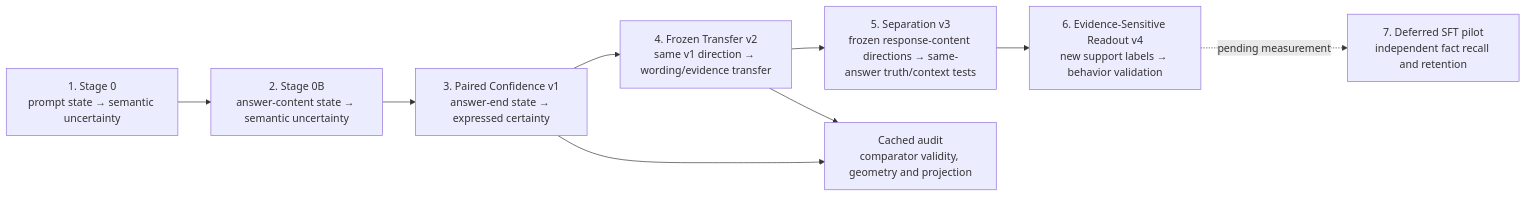
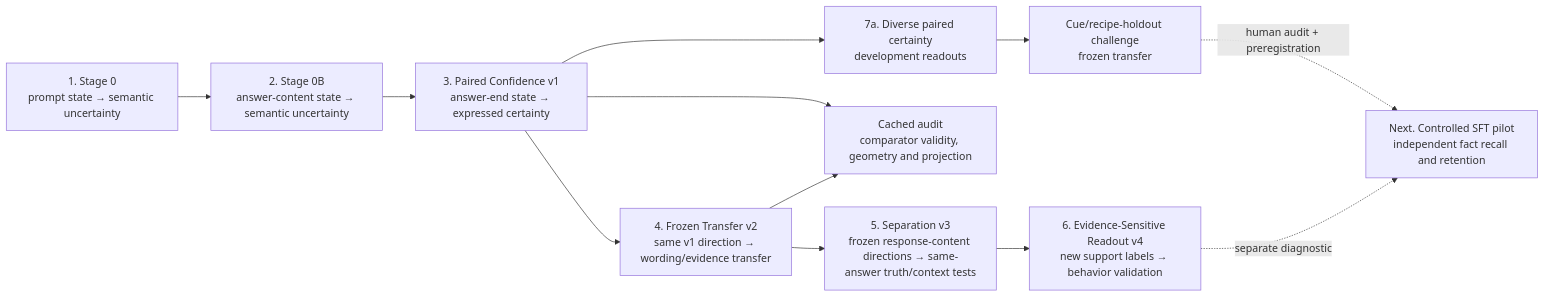
One commit to WenyiJin2003/mechanistic-confidence-sdt changed the diagram in docs/experiments/EXPERIMENT_MAP.md. Above: the diagram before and after it, drawn with Mermaid. The commit also changed other lines of this file and 13 other files, not shown here.

Commit message:
Report frozen cue-holdout transfer result

````diff
--- a/docs/experiments/EXPERIMENT_MAP.md
+++ b/docs/experiments/EXPERIMENT_MAP.md
@@ -147,19 +213,24 @@
 ```mermaid
 flowchart LR
     S0["1. Stage 0<br/>prompt state → semantic uncertainty"]
     S0B["2. Stage 0B<br/>answer-content state → semantic uncertainty"]
     V1["3. Paired Confidence v1<br/>answer-end state → expressed certainty"]
     V2["4. Frozen Transfer v2<br/>same v1 direction → wording/evidence transfer"]
     V3["5. Separation v3<br/>frozen response-content directions → same-answer truth/context tests"]
     Audit["Cached audit<br/>comparator validity, geometry and projection"]
     V4["6. Evidence-Sensitive Readout v4<br/>new support labels → behavior validation"]
-    Train["7. Deferred SFT pilot<br/>independent fact recall and retention"]
+    D["7a. Diverse paired certainty<br/>development readouts"]
+    H["Cue/recipe-holdout challenge<br/>frozen transfer"]
+    Train["Next. Controlled SFT pilot<br/>independent fact recall and retention"]
     S0 --> S0B
     S0B --> V1
     V1 --> V2
     V2 --> V3
     V1 --> Audit
     V2 --> Audit
     V3 --> V4
-    V4 -. "pending measurement" .-> Train
+    V1 --> D
+    D --> H
+    H -. "human audit + preregistration" .-> Train
+    V4 -. "separate diagnostic" .-> Train
 ```
````
